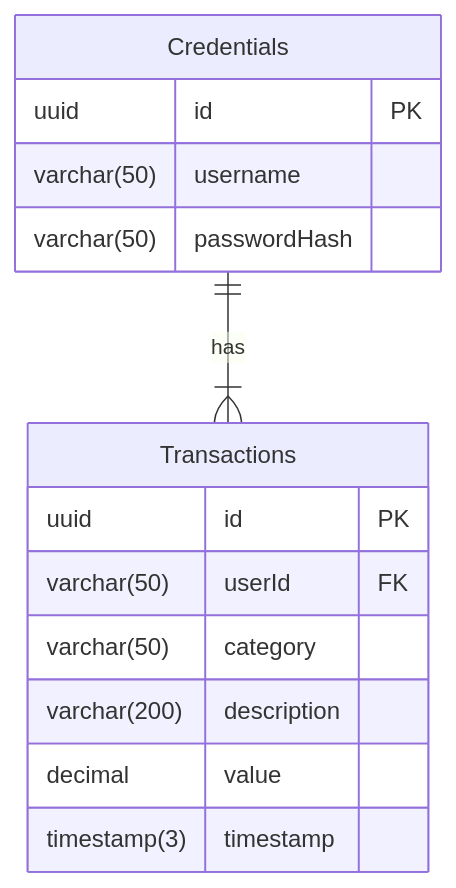
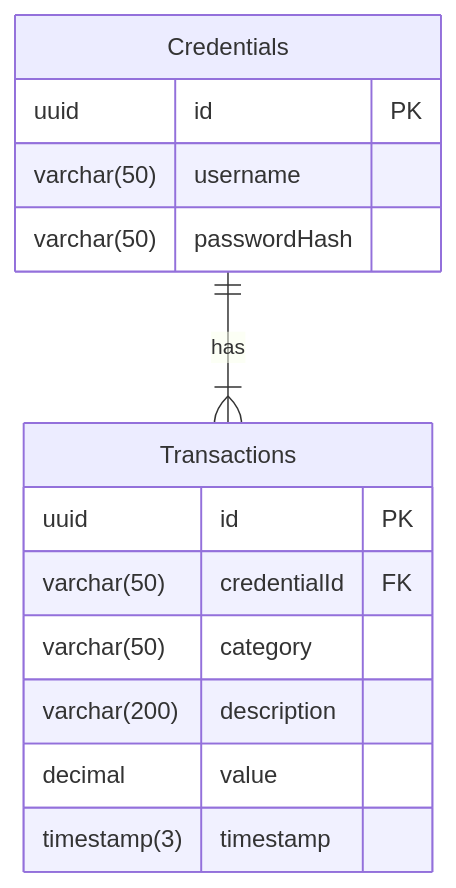
The diagram in docs/database-diagram.md (tuukkaviitanen/api-comparison), drawn with Mermaid before and after one commit. The commit also changed 15 other files, not shown here.

````diff
--- a/docs/database-diagram.md
+++ b/docs/database-diagram.md
@@ -3,21 +3,21 @@
 ```mermaid
 erDiagram
 
 Credentials {
     uuid id PK
     varchar(50) username
     varchar(50) passwordHash
 }
 
 Transactions {
     uuid id PK
-    varchar(50) userId FK
+    varchar(50) credentialId FK
     varchar(50) category
     varchar(200) description
     decimal value
     timestamp(3) timestamp
 }
 
 Credentials ||--|{ Transactions: has
 
 ```
````
